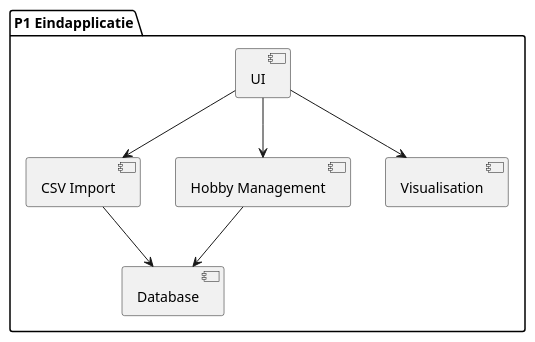
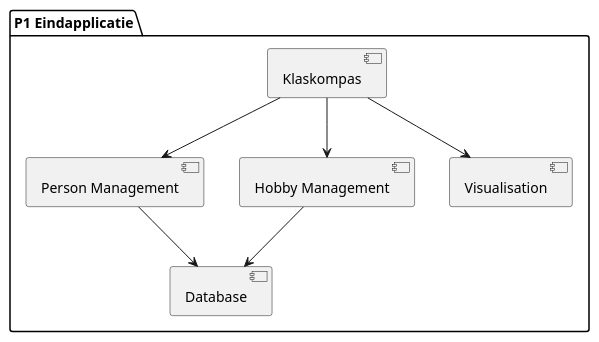
The diagram in documentatie/Component diagram.puml (bartvanderwal/P1-Eindapplicatie), drawn with PlantUML before and after one commit. The commit also changed 1 other file, not shown here.

```diff
--- a/documentatie/Component diagram.puml
+++ b/documentatie/Component diagram.puml
@@ -2,9 +2,9 @@
 @startuml
 package "P1 Eindapplicatie" {
-  [UI] --> [CSV Import]
-  [UI] --> [Hobby Management]
-  [UI] --> [Visualisation]
-  [CSV Import] --> [Database]
+  [Klaskompas] --> [Person Management]
+  [Klaskompas] --> [Hobby Management]
+  [Klaskompas] --> [Visualisation]
+  [Person Management] --> [Database]
   [Hobby Management] --> [Database]
 }
 @enduml
```
